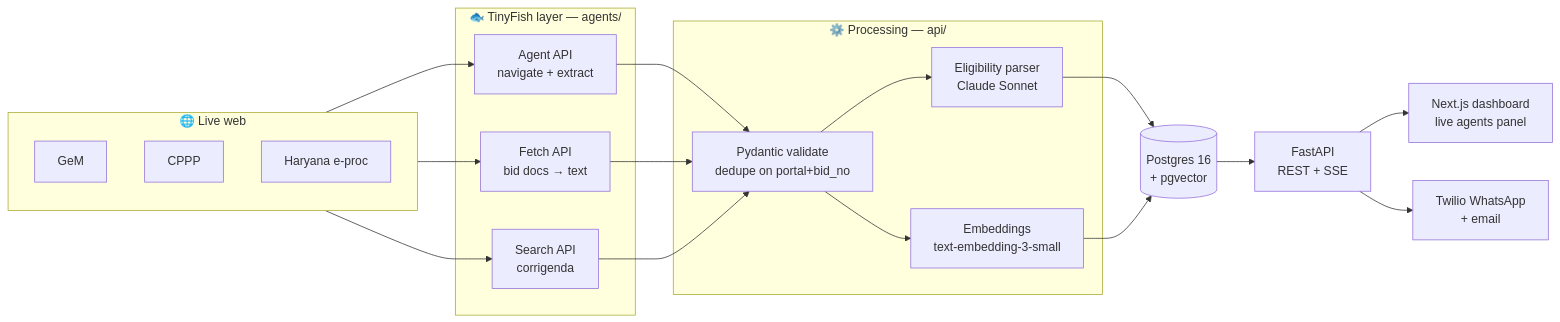
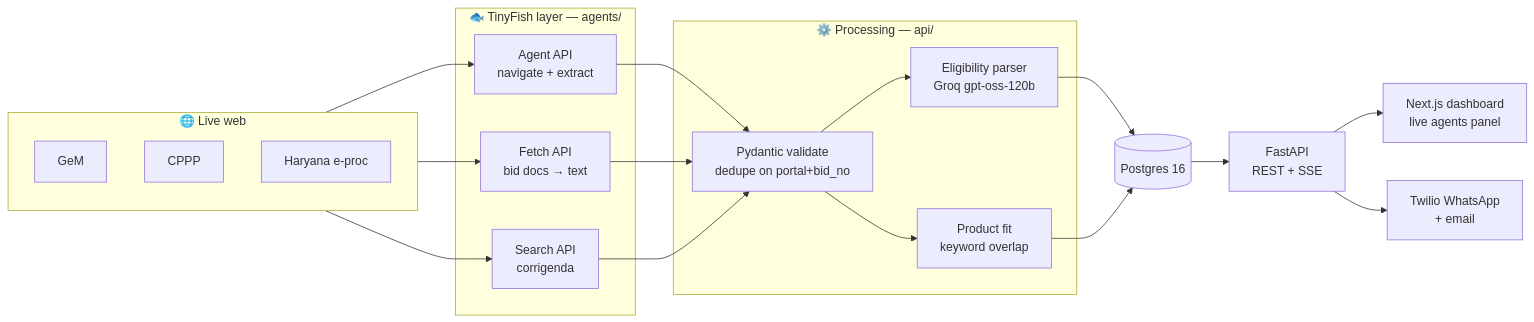
The diagram in README.md (siddhant1729/Tenderhawk), drawn with Mermaid before and after one commit. The commit also changed other lines of this file and 3 other files, not shown here.

````diff
--- a/README.md
+++ b/README.md
@@ -43,31 +43,31 @@
 ```mermaid
 flowchart LR
     subgraph Web["🌐 Live web"]
         GEM[GeM]
         CPPP[CPPP]
         HRY[Haryana e-proc]
     end
 
     subgraph TF["🐟 TinyFish layer — agents/"]
         AG[Agent API<br/>navigate + extract]
         FE[Fetch API<br/>bid docs → text]
         SE[Search API<br/>corrigenda]
     end
 
     subgraph Proc["⚙️ Processing — api/"]
         VAL[Pydantic validate<br/>dedupe on portal+bid_no]
-        LLM[Eligibility parser<br/>Claude Sonnet]
-        EMB[Embeddings<br/>text-embedding-3-small]
+        LLM[Eligibility parser<br/>Groq gpt-oss-120b]
+        EMB[Product fit<br/>keyword overlap]
     end
 
-    DB[(Postgres 16<br/>+ pgvector)]
+    DB[(Postgres 16)]
     API[FastAPI<br/>REST + SSE]
     UI[Next.js dashboard<br/>live agents panel]
     WA[Twilio WhatsApp<br/>+ email]
 
     Web --> AG & FE & SE
     AG & FE & SE --> VAL --> LLM --> DB
     VAL --> EMB --> DB
     DB --> API --> UI
     API --> WA
 ```
````
